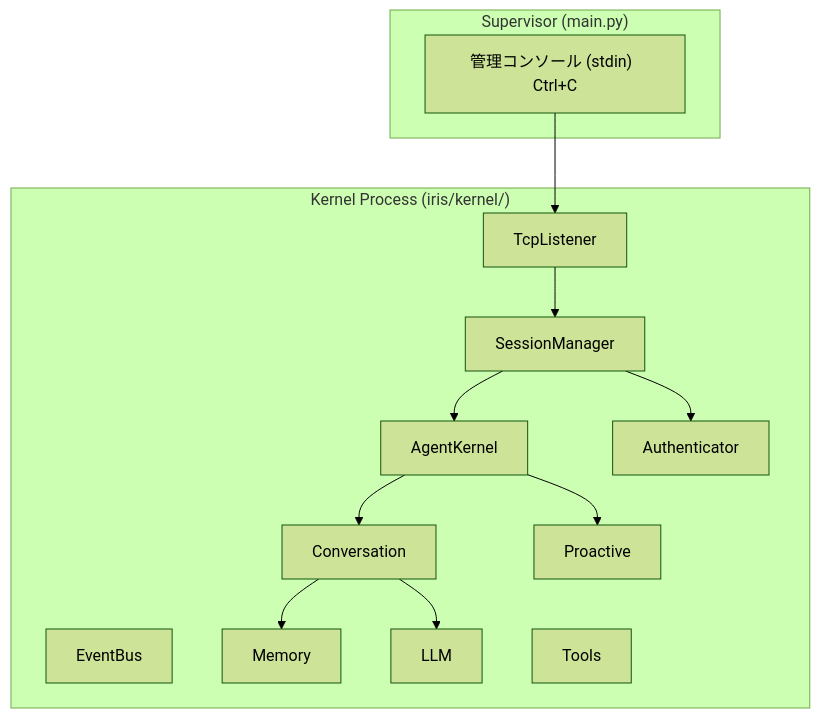
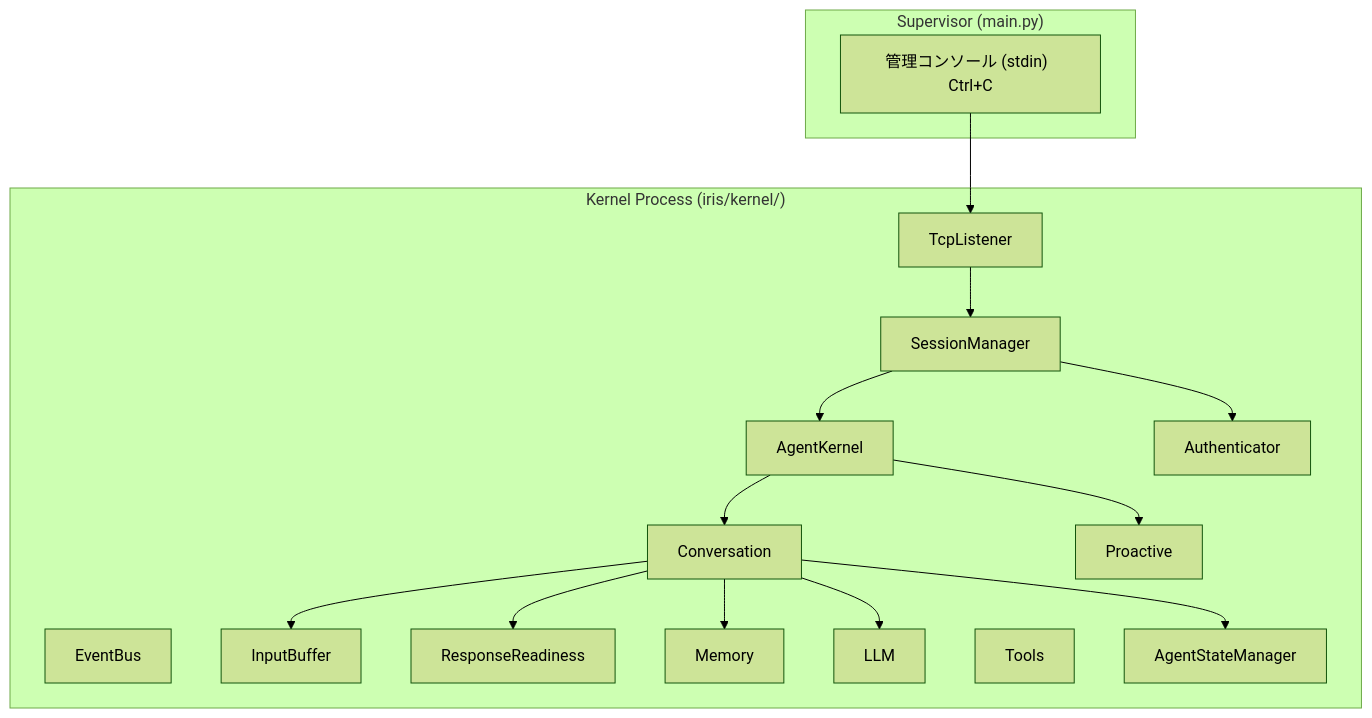
The first of 7 diagrams in docs/architecture.md (ibukani/iris-mind), drawn with Mermaid (forest theme) before and after one commit. The commit also changed other lines of this file and 24 other files, not shown here.

````diff
--- a/docs/architecture.md
+++ b/docs/architecture.md
@@ -8,26 +8,32 @@
 ```mermaid
 flowchart TD
     subgraph Supervisor["Supervisor (main.py)"]
         Console["管理コンソール (stdin)  Ctrl+C"]
     end
     subgraph Kernel["Kernel Process (iris/kernel/)"]
         EventBus
         AgentKernel
         Conversation
+        InputBuffer["InputBuffer"]
+        ResponseReadiness["ResponseReadiness"]
         Proactive
         Memory
         LLM
         Tools
         TcpListener
         SessionManager
         Authenticator
+        AgentStateManager["AgentStateManager"]
     end
     Console --> TcpListener
     TcpListener --> SessionManager
     SessionManager --> Authenticator
     SessionManager --> AgentKernel
     AgentKernel --> Conversation
     AgentKernel --> Proactive
     Conversation --> LLM
     Conversation --> Memory
+    Conversation --> InputBuffer
+    Conversation --> ResponseReadiness
+    Conversation --> AgentStateManager
 ```
````
